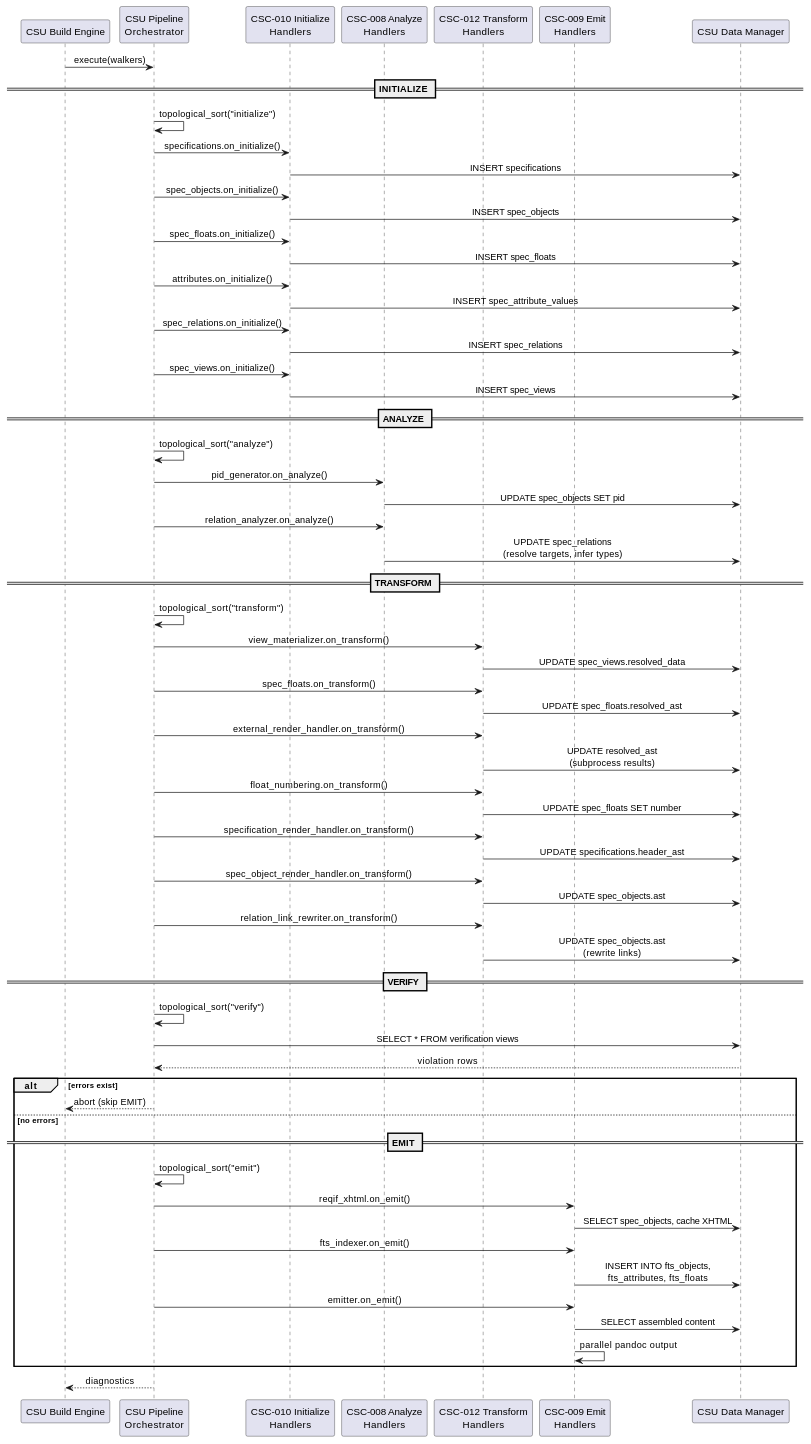
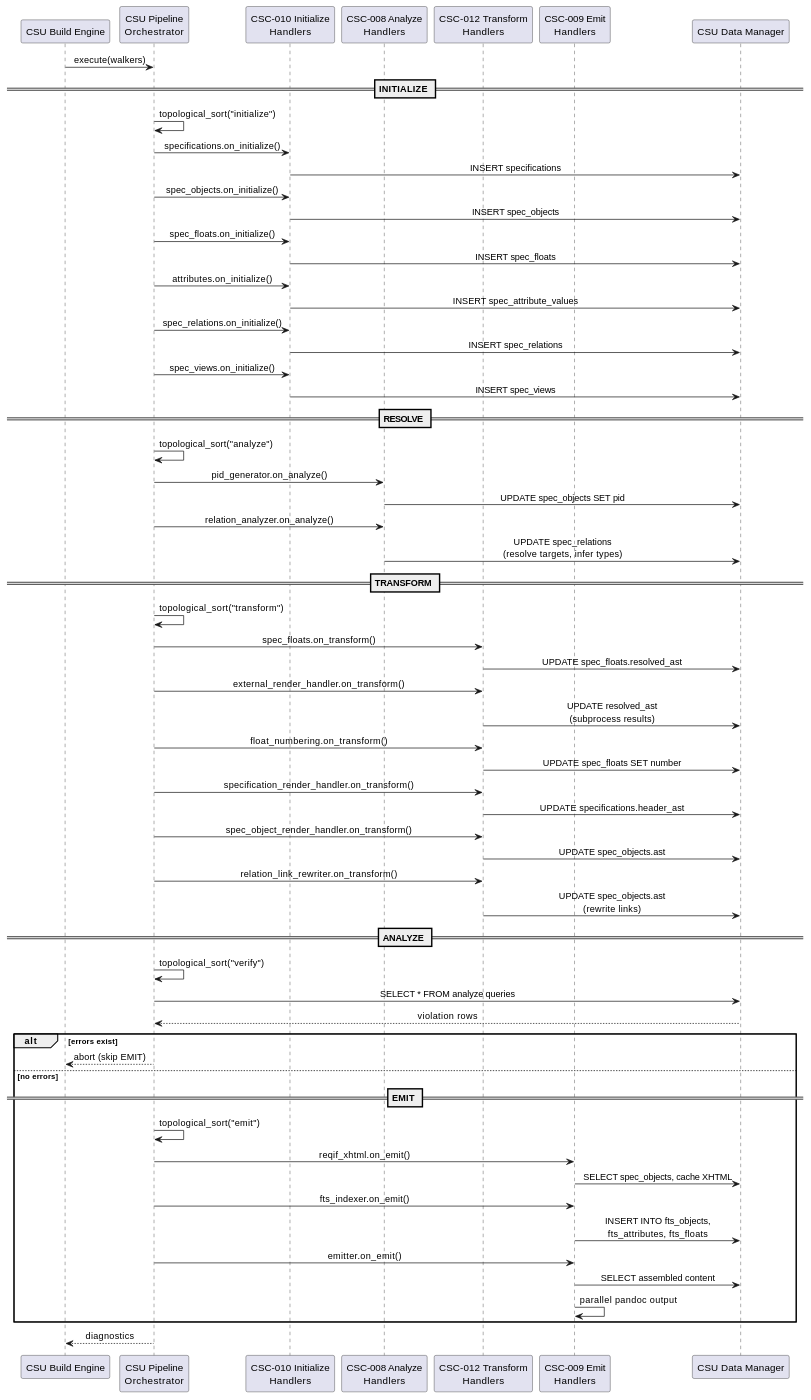
One commit to SpecIR/SpecCompiler changed the diagram in docs/engineering_docs/architecture/pipeline_design.md. Above: the diagram before and after it, drawn with PlantUML. The commit also changed other lines of this file and 159 other files, not shown here.

````diff
--- a/docs/engineering_docs/architecture/pipeline_design.md
+++ b/docs/engineering_docs/architecture/pipeline_design.md
@@ -84,76 +84,74 @@
 ```puml:fd-001-pipeline{caption="Pipeline Execution Orchestration"}
 @startuml
 skinparam backgroundColor #FFFFFF
 skinparam sequenceMessageAlign center
 
 participant "CSU Build Engine" as E
 participant "CSU Pipeline\nOrchestrator" as P
 participant "CSC-010 Initialize\nHandlers" as INIT
 participant "CSC-008 Analyze\nHandlers" as ANLZ
 participant "CSC-012 Transform\nHandlers" as XFRM
 participant "CSC-009 Emit\nHandlers" as EMIT_H
 participant "CSU Data Manager" as DB
 
 E -> P: execute(walkers)
 
 == INITIALIZE ==
 P -> P: topological_sort("initialize")
 P -> INIT: specifications.on_initialize()
 INIT -> DB: INSERT specifications
 P -> INIT: spec_objects.on_initialize()
 INIT -> DB: INSERT spec_objects
 P -> INIT: spec_floats.on_initialize()
 INIT -> DB: INSERT spec_floats
 P -> INIT: attributes.on_initialize()
 INIT -> DB: INSERT spec_attribute_values
 P -> INIT: spec_relations.on_initialize()
 INIT -> DB: INSERT spec_relations
 P -> INIT: spec_views.on_initialize()
 INIT -> DB: INSERT spec_views
 
-== ANALYZE ==
+== RESOLVE ==
 P -> P: topological_sort("analyze")
 P -> ANLZ: pid_generator.on_analyze()
 ANLZ -> DB: UPDATE spec_objects SET pid
 P -> ANLZ: relation_analyzer.on_analyze()
 ANLZ -> DB: UPDATE spec_relations\n(resolve targets, infer types)
 
 == TRANSFORM ==
 P -> P: topological_sort("transform")
-P -> XFRM: view_materializer.on_transform()
-XFRM -> DB: UPDATE spec_views.resolved_data
 P -> XFRM: spec_floats.on_transform()
 XFRM -> DB: UPDATE spec_floats.resolved_ast
 P -> XFRM: external_render_handler.on_transform()
 XFRM -> DB: UPDATE resolved_ast\n(subprocess results)
 P -> XFRM: float_numbering.on_transform()
 XFRM -> DB: UPDATE spec_floats SET number
 P -> XFRM: specification_render_handler.on_transform()
 XFRM -> DB: UPDATE specifications.header_ast
 P -> XFRM: spec_object_render_handler.on_transform()
 XFRM -> DB: UPDATE spec_objects.ast
 P -> XFRM: relation_link_rewriter.on_transform()
 XFRM -> DB: UPDATE spec_objects.ast\n(rewrite links)
 
-== VERIFY ==
+== ANALYZE ==
 P -> P: topological_sort("verify")
-P -> DB: SELECT * FROM verification views
+P -> DB: SELECT * FROM analyze queries
 DB --> P: violation rows
 
 alt errors exist
     P --> E: abort (skip EMIT)
 else no errors
     == EMIT ==
     P -> P: topological_sort("emit")
     P -> EMIT_H: reqif_xhtml.on_emit()
     EMIT_H -> DB: SELECT spec_objects, cache XHTML
     P -> EMIT_H: fts_indexer.on_emit()
     EMIT_H -> DB: INSERT INTO fts_objects,\nfts_attributes, fts_floats
     P -> EMIT_H: emitter.on_emit()
     EMIT_H -> DB: SELECT assembled content
     EMIT_H -> EMIT_H: parallel pandoc output
 end
 
 P --> E: diagnostics
 @enduml
 ```
````
